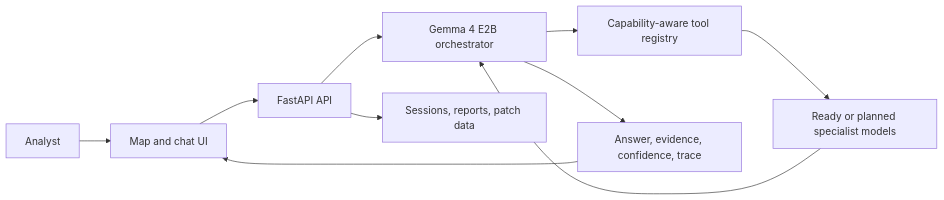
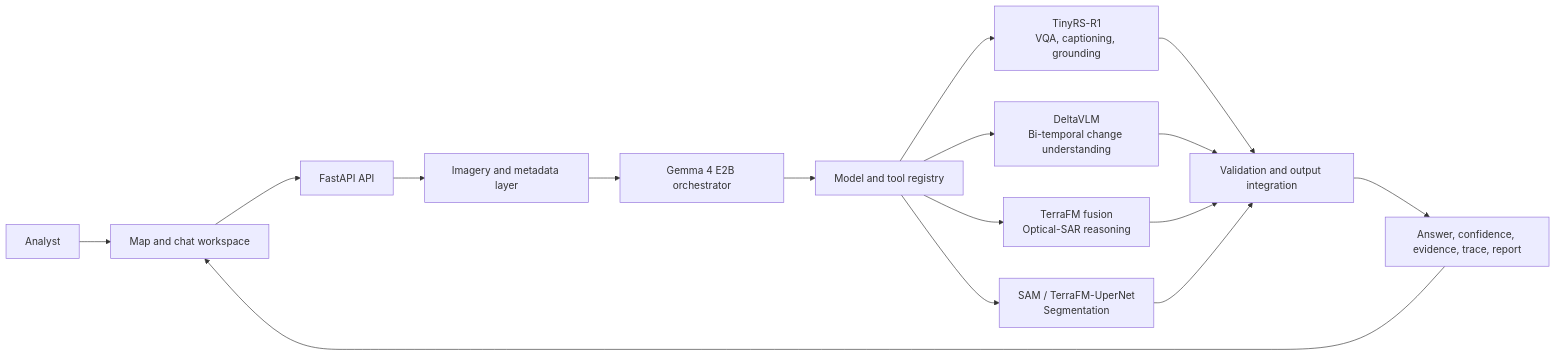
One commit to Siddh-2006/SatQuery_AI changed the diagram in docs/README.md. Above: the diagram before and after it, drawn with Mermaid. The commit also changed other lines of this file and 8 other files, not shown here.

````diff
--- a/docs/README.md
+++ b/docs/README.md
@@ -40,12 +17,15 @@
 ```mermaid
 flowchart LR
-		User[Analyst] --> UI[Map and chat UI]
-		UI --> API[FastAPI API]
-		API --> Orchestrator[Gemma 4 E2B orchestrator]
-		Orchestrator --> Registry[Capability-aware tool registry]
-		Registry --> Specialist[Ready or planned specialist models]
-		Specialist --> Orchestrator
-		Orchestrator --> Result[Answer, evidence, confidence, trace]
-		Result --> UI
-		API --> Storage[Sessions, reports, patch data]
+    User[Analyst] --> UI[Map and chat workspace]
+    UI --> API[FastAPI API]
+    API --> Data[Imagery and metadata layer]
+    Data --> Orchestrator[Gemma 4 E2B orchestrator]
+    Orchestrator --> Registry[Model and tool registry]
+    Registry --> Single[TinyRS-R1\nVQA, captioning, grounding]
+    Registry --> Temporal[DeltaVLM\nBi-temporal change understanding]
+    Registry --> Fusion[TerraFM fusion\nOptical-SAR reasoning]
+    Registry --> Segmentation[SAM / TerraFM-UperNet\nSegmentation]
+    Single & Temporal & Fusion & Segmentation --> Integration[Validation and output integration]
+    Integration --> Result[Answer, confidence, evidence, trace, report]
+    Result --> UI
 ```
````
